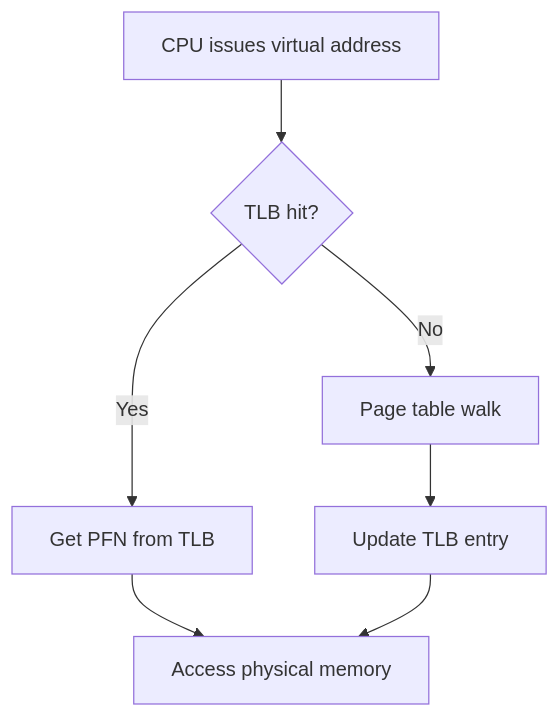
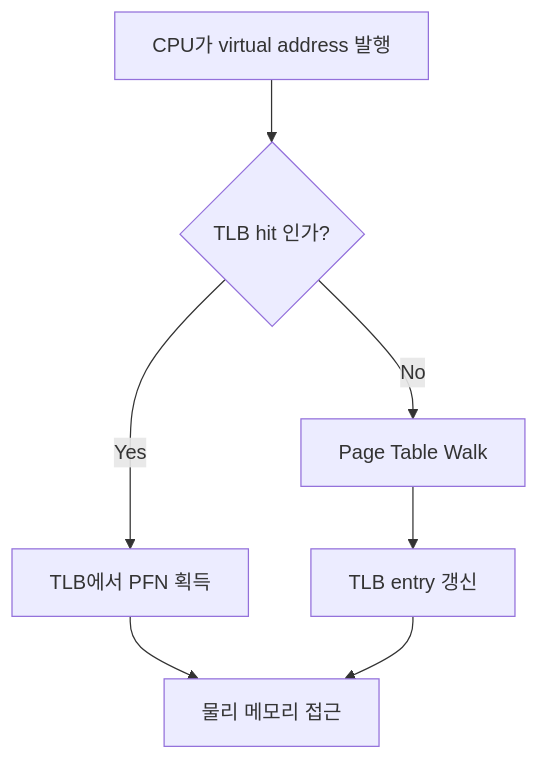
Diagram 17 of 37 in _posts/cs-note/2026-02-27-os.md (mandoobox/mandoobox.github.io), drawn with Mermaid before and after one commit. The commit also changed other lines of this file and 18 other files, not shown here.

````diff
--- a/_posts/cs-note/2026-02-27-os.md
+++ b/_posts/cs-note/2026-02-27-os.md
@@ -501,9 +507,9 @@
 ```mermaid
 flowchart TD
-  A[CPU issues virtual address] --> B{TLB hit?}
-  B -->|Yes| C[Get PFN from TLB]
-  B -->|No| D[Page table walk]
-  D --> E[Update TLB entry]
-  C --> F[Access physical memory]
+  A[CPU가 virtual address 발행] --> B{TLB hit 인가?}
+  B -->|Yes| C[TLB에서 PFN 획득]
+  B -->|No| D[Page Table Walk]
+  D --> E[TLB entry 갱신]
+  C --> F[물리 메모리 접근]
   E --> F
 ```
````
